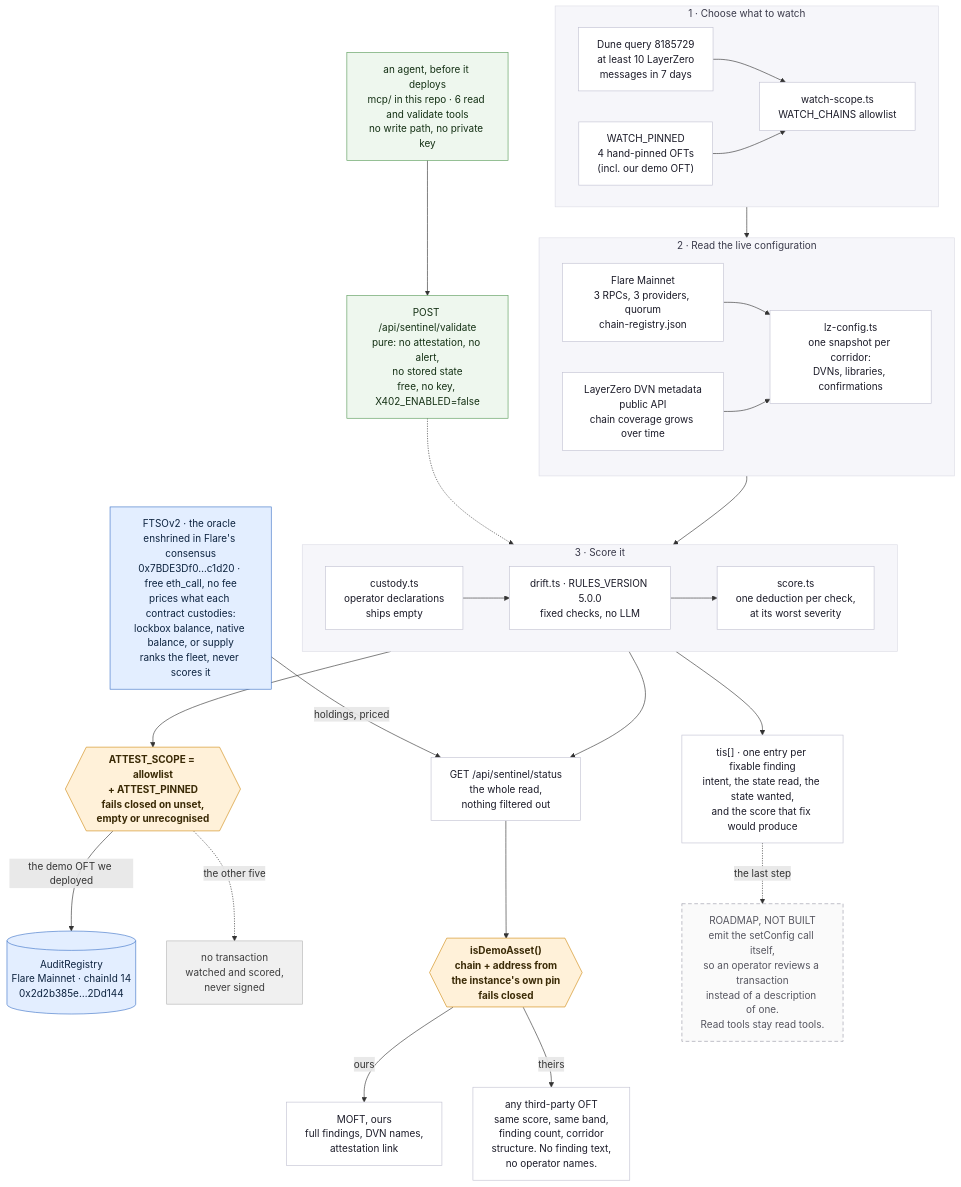
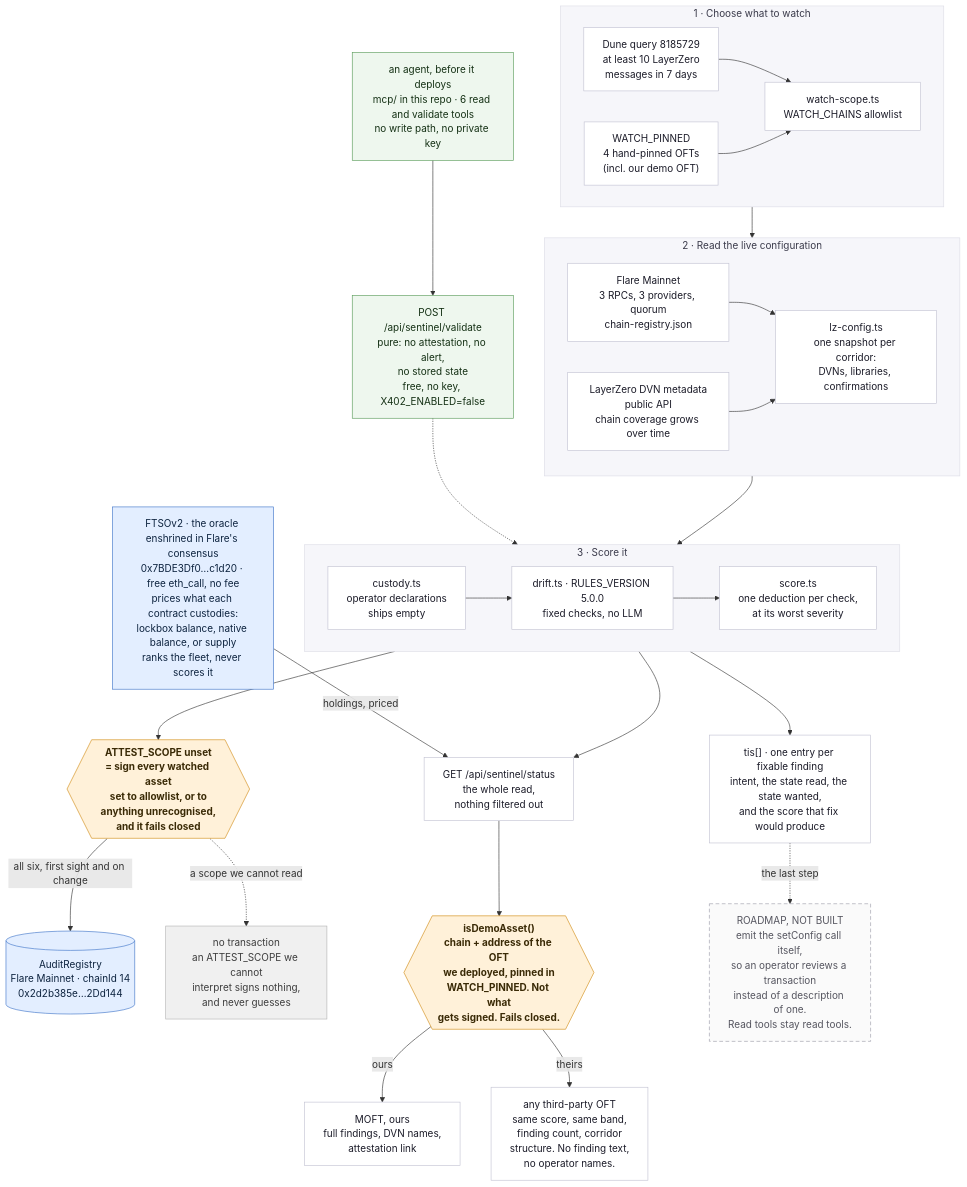
One commit to damli40/flare-oft-sentinel changed the diagram in assets/architecture.mmd. Above: the diagram before and after it, drawn with Mermaid. The commit also changed 15 other files, not shown here.

First line of the commit message:
sign every watched asset, and re-ping findings nobody has fixed

```diff
--- a/assets/architecture.mmd
+++ b/assets/architecture.mmd
@@ -1,90 +1,90 @@
 %% OFT Sentinel on Flare — one cycle, end to end.
 %% Rendered to assets/architecture.png. Regenerate with:
 %%   npx -y @mermaid-js/mermaid-cli -i assets/architecture.mmd -o assets/architecture.png -b white -s 2
 flowchart TB
     subgraph pick["1 · Choose what to watch"]
         direction LR
         dune["Dune query 8185729<br/>at least 10 LayerZero<br/>messages in 7 days"]
         pinned["WATCH_PINNED<br/>4 hand-pinned OFTs<br/>(incl. our demo OFT)"]
         scope["watch-scope.ts<br/>WATCH_CHAINS allowlist"]
         dune --> scope
         pinned --> scope
     end
 
     subgraph read["2 · Read the live configuration"]
         direction LR
         rpc["Flare Mainnet<br/>3 RPCs, 3 providers, quorum<br/>chain-registry.json"]
         meta["LayerZero DVN metadata<br/>public API<br/>chain coverage grows over time"]
         lz["lz-config.ts<br/>one snapshot per corridor:<br/>DVNs, libraries, confirmations"]
         rpc --> lz
         meta --> lz
     end
 
     subgraph rules["3 · Score it"]
         direction LR
         cust["custody.ts<br/>operator declarations<br/>ships empty"]
         drift["drift.ts · RULES_VERSION 5.0.0<br/>fixed checks, no LLM"]
         score["score.ts<br/>one deduction per check,<br/>at its worst severity"]
         cust --> drift
         drift --> score
     end
 
-    gate{{"ATTEST_SCOPE = allowlist<br/>+ ATTEST_PINNED<br/>fails closed on unset,<br/>empty or unrecognised"}}
+    gate{{"ATTEST_SCOPE unset<br/>= sign every watched asset<br/>set to allowlist, or to<br/>anything unrecognised,<br/>and it fails closed"}}
     reg[("AuditRegistry<br/>Flare Mainnet · chainId 14<br/>0x2d2b385e…2Dd144")]
-    nosign["no transaction<br/>watched and scored,<br/>never signed"]
+    nosign["no transaction<br/>an ATTEST_SCOPE we cannot<br/>interpret signs nothing,<br/>and never guesses"]
     api["GET /api/sentinel/status<br/>the whole read,<br/>nothing filtered out"]
 
-    filt{{"isDemoAsset()<br/>chain + address from<br/>the instance's own pin<br/>fails closed"}}
+    filt{{"isDemoAsset()<br/>chain + address of the OFT<br/>we deployed, pinned in<br/>WATCH_PINNED. Not what<br/>gets signed. Fails closed."}}
     ours["MOFT, ours<br/>full findings, DVN names,<br/>attestation link"]
     theirs["any third-party OFT<br/>same score, same band,<br/>finding count, corridor<br/>structure. No finding text,<br/>no operator names."]
 
     agent["an agent, before it deploys<br/>mcp/ in this repo · 6 read and validate tools<br/>no write path, no private key"]
     val["POST /api/sentinel/validate<br/>pure: no attestation, no alert,<br/>no stored state<br/>free, no key, X402_ENABLED=false"]
     agent --> val
     val -.-> rules
 
     ftso["FTSOv2 · the oracle enshrined in Flare's consensus<br/>0x7BDE3Df0…c1d20 · free eth_call, no fee<br/>prices what each contract custodies:<br/>lockbox balance, native balance, or supply<br/>ranks the fleet, never scores it"]
 
     tis["tis[] · one entry per fixable finding<br/>intent, the state read, the state wanted,<br/>and the score that fix would produce"]
     fix["ROADMAP, NOT BUILT<br/>emit the setConfig call itself,<br/>so an operator reviews a transaction<br/>instead of a description of one.<br/>Read tools stay read tools."]
 
     scope --> read
     lz --> rules
     %% Deliberately NO edge in from the RPC node. The label already says it is a
     %% free eth_call, and drawing the inbound edge pushed this node under stage 2,
     %% which routed its ONE outgoing arrow across the attest gate. On a diagram
     %% whose whole claim is that the price reaches neither scoring nor signing,
     %% an arrow that appears to touch either is worse than a missing one.
     ftso -->|"holdings, priced"| api
     score --> gate
     score --> api
     score --> tis
     tis -.->|"the last step"| fix
-    gate -->|"the demo OFT we deployed"| reg
-    gate -.->|"the other five"| nosign
+    gate -->|"all six, first sight and on change"| reg
+    gate -.->|"a scope we cannot read"| nosign
     api --> filt
     filt -->|ours| ours
     filt -->|theirs| theirs
 
     classDef stage fill:#ffffff,stroke:#c2c2d2,color:#1b1b28
     classDef gateStyle fill:#fff1d9,stroke:#d08b12,color:#3a2a06,font-weight:bold
     classDef chain fill:#e3eeff,stroke:#3f74c8,color:#0d233f
     classDef quiet fill:#f0f0f0,stroke:#b4b4b4,color:#3d3d3d
     class dune,pinned,scope,rpc,meta,lz,cust,drift,score,api,ours,theirs stage
     classDef preflight fill:#eef7ee,stroke:#5a9c5a,color:#143014
     class agent,val preflight
     class tis stage
     %% Dashed and grey so nothing here can be mistaken for something that runs.
     classDef roadmap fill:#fafafa,stroke:#9a9aa8,color:#55555f,stroke-dasharray: 6 4
     class fix roadmap
     class gate,filt gateStyle
     %% Blue with the registry, because both are reads of Flare's own contracts.
     %% It deliberately has NO edge into score.ts: the absence is the claim.
     class reg,ftso chain
     class nosign quiet
 
     %% The three numbered stages read as one surface; the two GATES are the
     %% claims worth looking at, so only they carry colour.
     style pick fill:#f6f6fa,stroke:#dcdce6,color:#3a3a4a
     style read fill:#f6f6fa,stroke:#dcdce6,color:#3a3a4a
     style rules fill:#f6f6fa,stroke:#dcdce6,color:#3a3a4a
```
